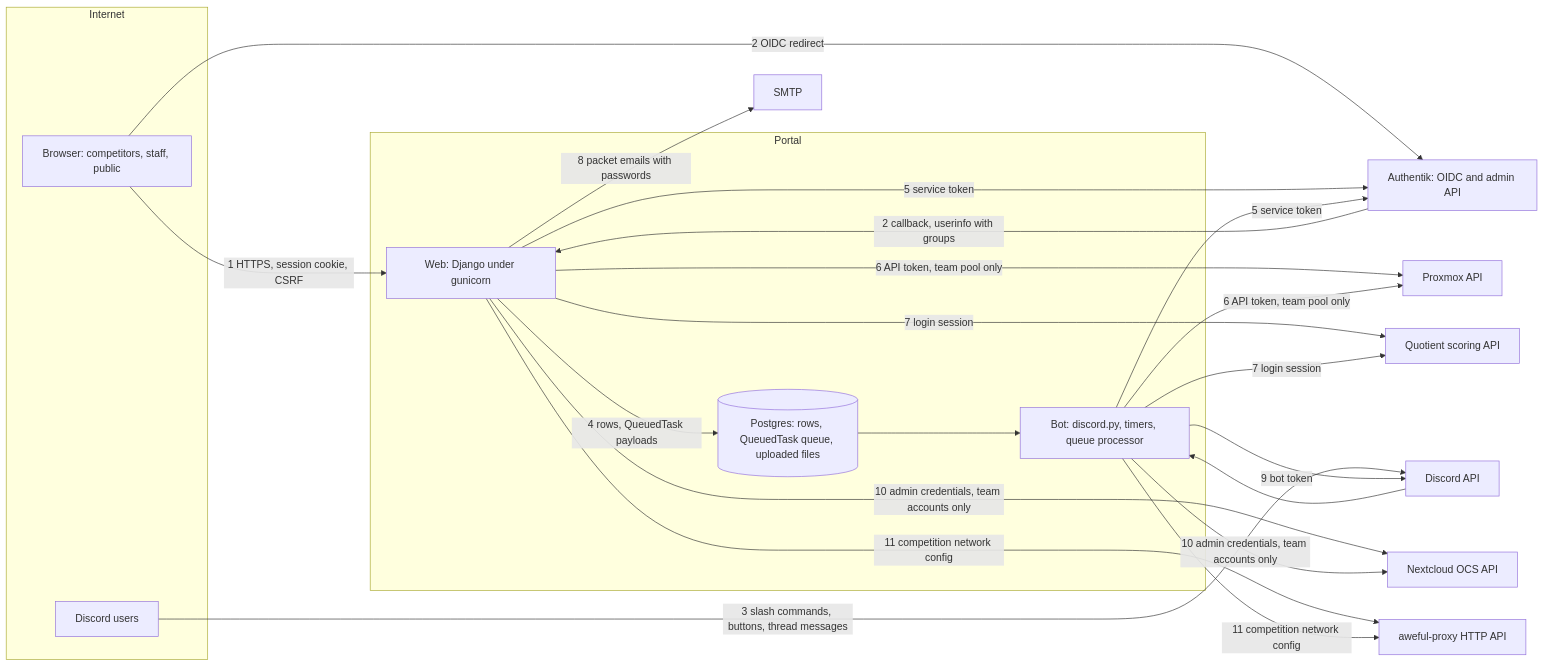
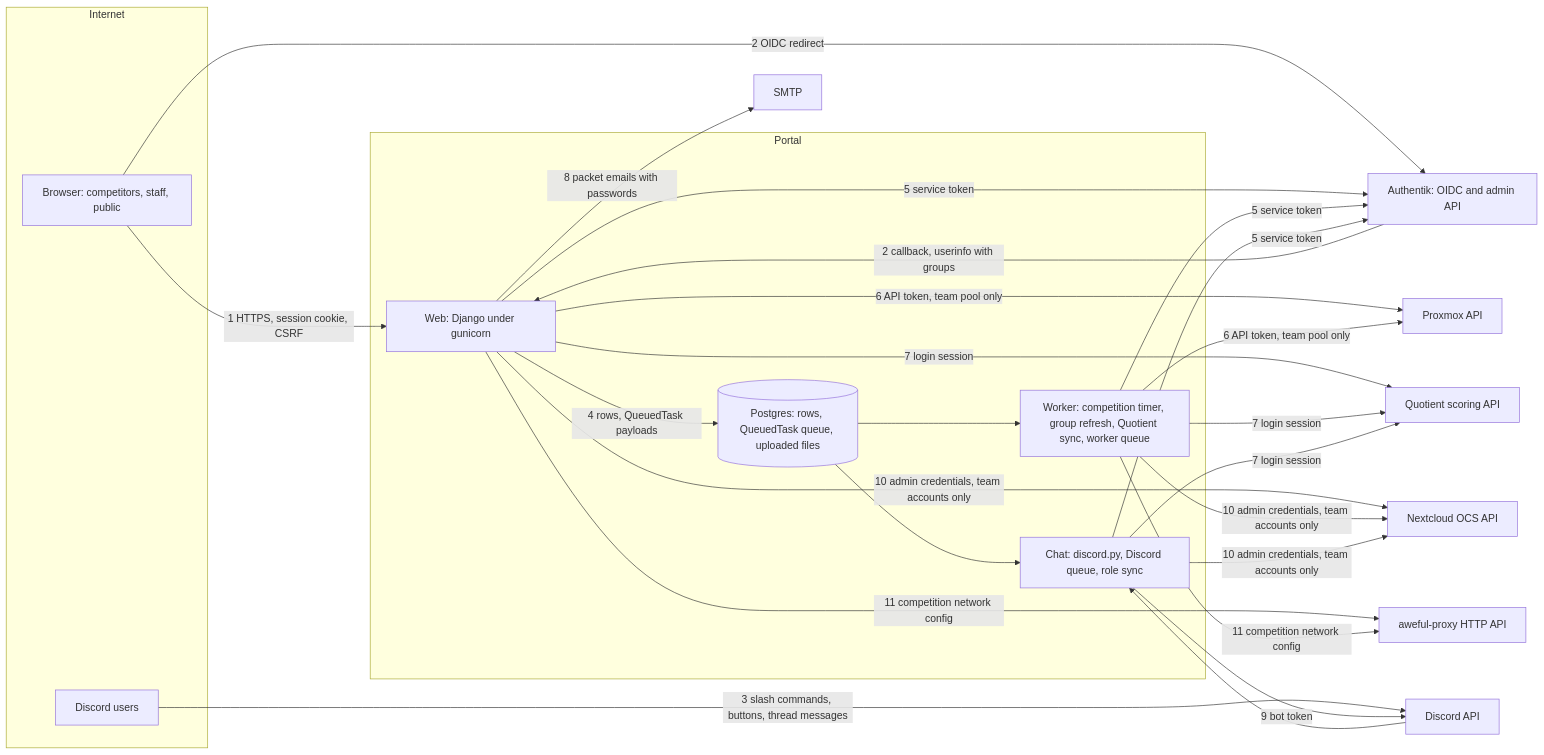
The diagram in THREAT_MODEL.md (wccomps/wccomps-portal), drawn with Mermaid before and after one commit. The commit also changed other lines of this file and 71 other files, not shown here.

First line of the commit message:
Split the bot into a worker process and a chat process (#316)

````diff
--- a/THREAT_MODEL.md
+++ b/THREAT_MODEL.md
@@ -48,32 +50,33 @@
 ```mermaid
 flowchart LR
     subgraph Internet
         B[Browser: competitors, staff, public]
         D[Discord users]
     end
     subgraph Portal
         W[Web: Django under gunicorn]
         Q[(Postgres: rows, QueuedTask queue, uploaded files)]
-        T[Bot: discord.py, timers, queue processor]
+        K[Worker: competition timer, group refresh, Quotient sync, worker queue]
+        C[Chat: discord.py, Discord queue, role sync]
     end
     A[Authentik: OIDC and admin API]
     P[Proxmox API]
     S[Quotient scoring API]
     N[Nextcloud OCS API]
     X[aweful-proxy HTTP API]
     M[SMTP]
     G[Discord API]
     B -- "1 HTTPS, session cookie, CSRF" --> W
     B -- "2 OIDC redirect" --> A
     A -- "2 callback, userinfo with groups" --> W
-    D -- "3 slash commands, buttons, thread messages" --> G --> T
+    D -- "3 slash commands, buttons, thread messages" --> G --> C
     W -- "4 rows, QueuedTask payloads" --> Q
-    Q --> T
-    W & T -- "5 service token" --> A
-    W & T -- "6 API token, team pool only" --> P
-    W & T -- "7 login session" --> S
+    Q --> K & C
+    W & K & C -- "5 service token" --> A
+    W & K -- "6 API token, team pool only" --> P
+    W & K & C -- "7 login session" --> S
     W -- "8 packet emails with passwords" --> M
-    T -- "9 bot token" --> G
-    W & T -- "10 admin credentials, team accounts only" --> N
-    W & T -- "11 competition network config" --> X
+    C -- "9 bot token" --> G
+    W & K & C -- "10 admin credentials, team accounts only" --> N
+    W & K -- "11 competition network config" --> X
 ```
````
